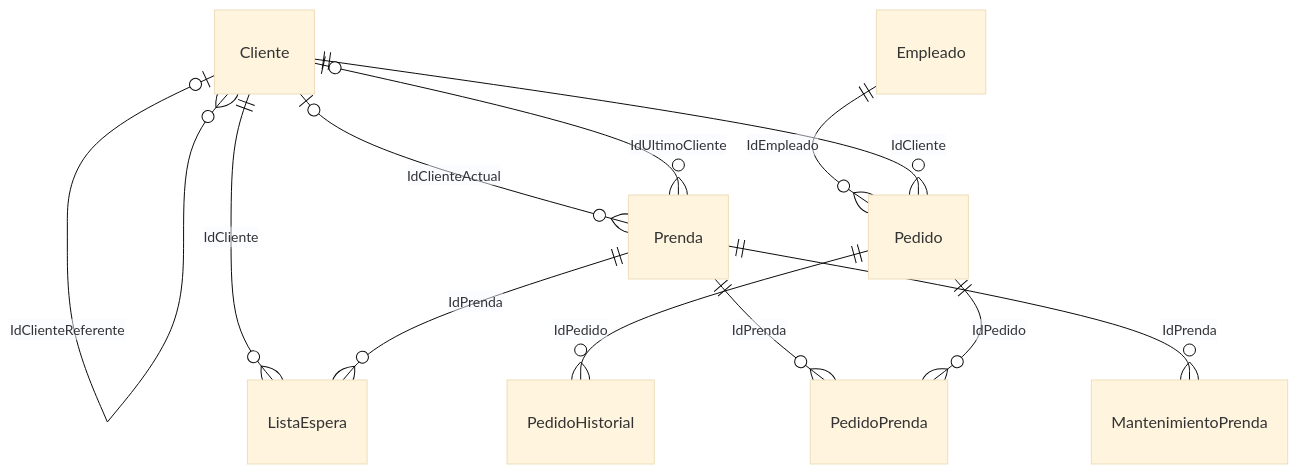
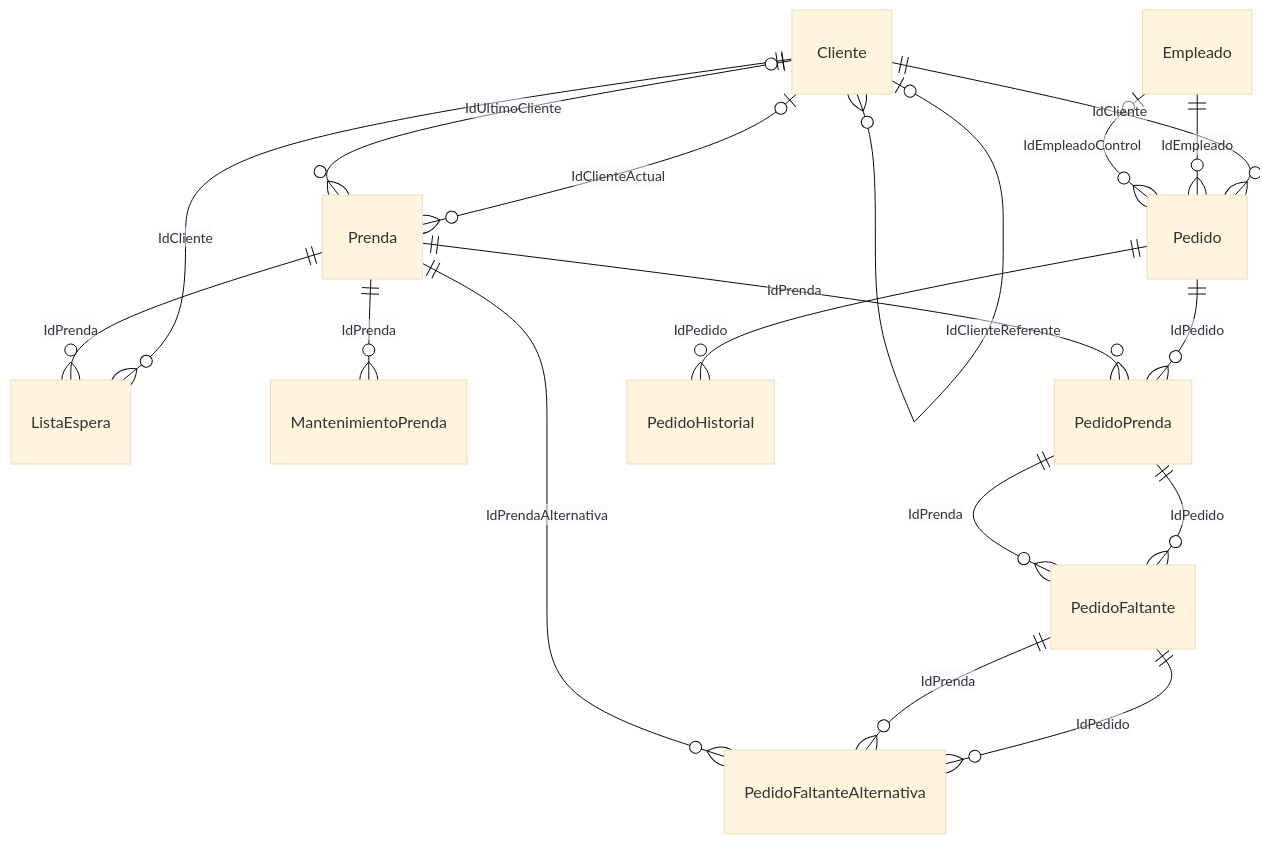
Before and after one commit to valentinamorana/Trabajo-de-Diploma: the diagram in docs/diagramas/mermaid/MC_pn01_pedidos.mmd, drawn with Mermaid (base theme). The commit also changed 407 other files, not shown here.

```diff
--- a/docs/diagramas/mermaid/MC_pn01_pedidos.mmd
+++ b/docs/diagramas/mermaid/MC_pn01_pedidos.mmd
@@ -1,20 +1,28 @@
 erDiagram
   Cliente |o--o{ Cliente : "IdClienteReferente"
   Cliente ||--o{ ListaEspera : "IdCliente"
   Prenda ||--o{ ListaEspera : "IdPrenda"
   Prenda ||--o{ MantenimientoPrenda : "IdPrenda"
+  Cliente ||--o{ Pedido : "IdCliente"
   Empleado ||--o{ Pedido : "IdEmpleado"
-  Cliente ||--o{ Pedido : "IdCliente"
+  Empleado |o--o{ Pedido : "IdEmpleadoControl"
+  PedidoPrenda ||--o{ PedidoFaltante : "IdPedido"
+  PedidoPrenda ||--o{ PedidoFaltante : "IdPrenda"
+  PedidoFaltante ||--o{ PedidoFaltanteAlternativa : "IdPedido"
+  PedidoFaltante ||--o{ PedidoFaltanteAlternativa : "IdPrenda"
+  Prenda ||--o{ PedidoFaltanteAlternativa : "IdPrendaAlternativa"
   Pedido ||--o{ PedidoHistorial : "IdPedido"
+  Pedido ||--o{ PedidoPrenda : "IdPedido"
   Prenda ||--o{ PedidoPrenda : "IdPrenda"
-  Pedido ||--o{ PedidoPrenda : "IdPedido"
   Cliente |o--o{ Prenda : "IdClienteActual"
   Cliente |o--o{ Prenda : "IdUltimoCliente"
   Cliente
   Empleado
   Pedido
   PedidoPrenda
+  PedidoFaltante
+  PedidoFaltanteAlternativa
   PedidoHistorial
   Prenda
   ListaEspera
   MantenimientoPrenda
```
